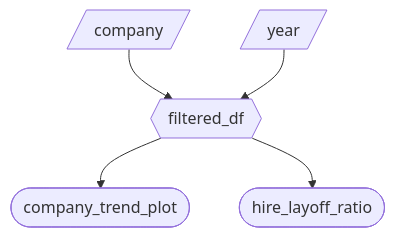
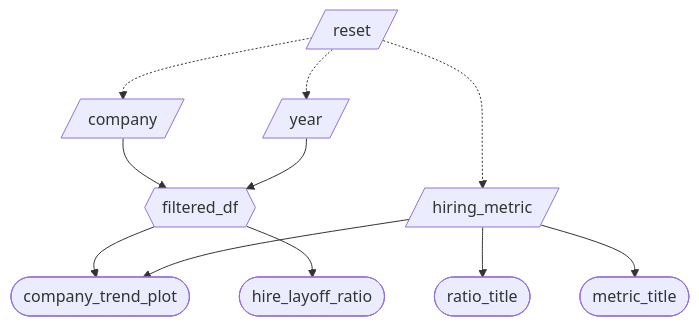
The diagram in reports/m2_spec.md (UBC-MDS/DSCI-532_2026_11_LayoffLens), drawn with Mermaid before and after one commit. The commit also changed other lines of this file, not shown here.

Commit message:
added integration annd updated component table and mermaid table

````diff
--- a/reports/m2_spec.md
+++ b/reports/m2_spec.md
@@ -26,19 +28,31 @@
 ```mermaid
 flowchart TD
   %% Inputs
-  A[/company/] 
+  A[/company/]
   B[/year/]
+  C[/hiring_metric/]
+  D[/reset/]
 
-  %% Reactive Expressions
+  %% Reactive Expression
   F{{filtered_df}}
 
   %% Outputs
   P1([company_trend_plot])
   P2([hire_layoff_ratio])
+  P3([ratio_title])
+  P4([metric_title])
 
   %% Connections
   A --> F
   B --> F
   F --> P1
+  C --> P1
   F --> P2
-  ```
+  C --> P3
+  C --> P4
+
+  %% Reset effect updates all inputs
+  D -.-> A
+  D -.-> B
+  D -.-> C
+```
````
